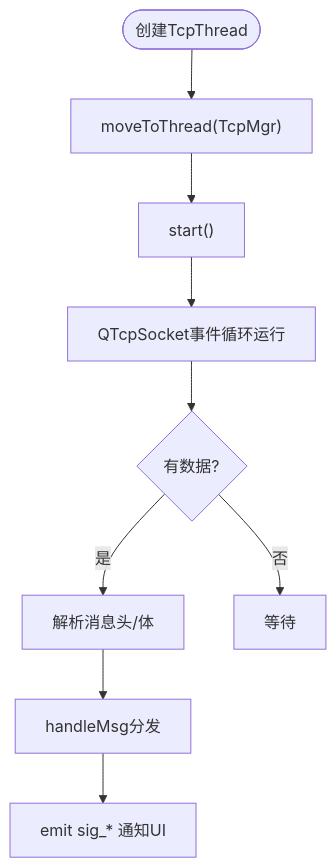
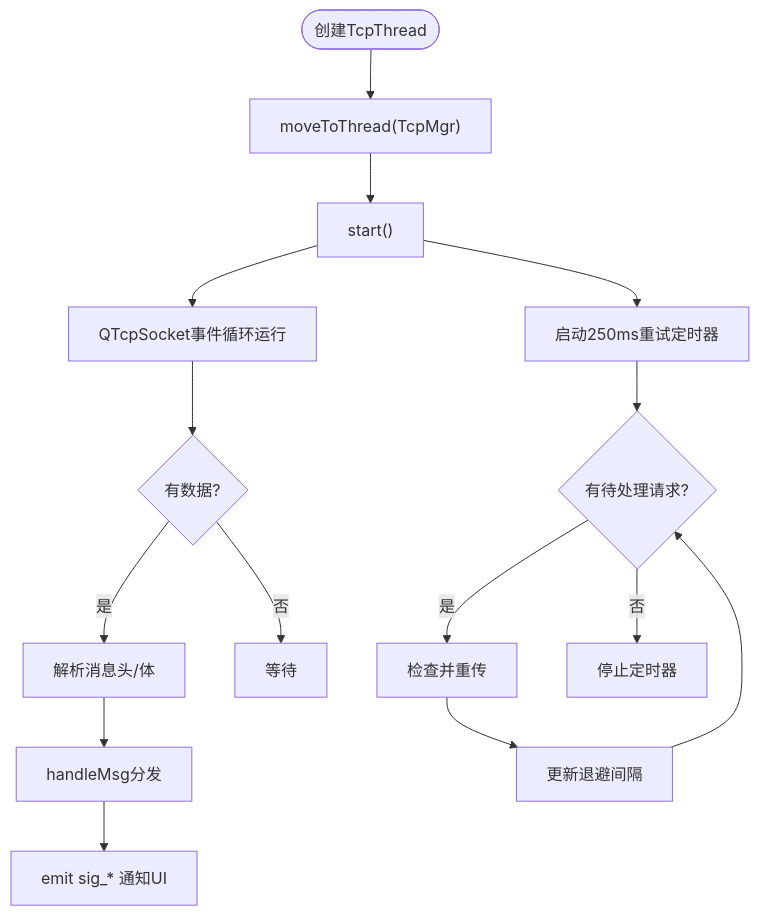
The fourth of 12 diagrams in .qoder/repowiki/zh/content/客户端开发/网络通信/TCP通信.md (echo9923/mychatter), drawn with Mermaid before and after one commit. The commit also changed other lines of this file and 54 other files, not shown here.

````diff
--- a/.qoder/repowiki/zh/content/客户端开发/网络通信/TCP通信.md
+++ b/.qoder/repowiki/zh/content/客户端开发/网络通信/TCP通信.md
@@ -179,11 +242,17 @@
 ```mermaid
 flowchart TD
 Start(["创建TcpThread"]) --> Move["moveToThread(TcpMgr)"]
 Move --> StartThread["start()"]
 StartThread --> IO["QTcpSocket事件循环运行"]
 IO --> ReadyRead{"有数据?"}
 ReadyRead --> |是| Parse["解析消息头/体"]
 ReadyRead --> |否| Wait["等待"]
 Parse --> Dispatch["handleMsg分发"]
 Dispatch --> Emit["emit sig_* 通知UI"]
+StartThread --> Timer["启动250ms重试定时器"]
+Timer --> CheckPending{"有待处理请求?"}
+CheckPending --> |是| Retransmit["检查并重传"]
+CheckPending --> |否| Stop["停止定时器"]
+Retransmit --> UpdateDelay["更新退避间隔"]
+UpdateDelay --> CheckPending
 ```
````
